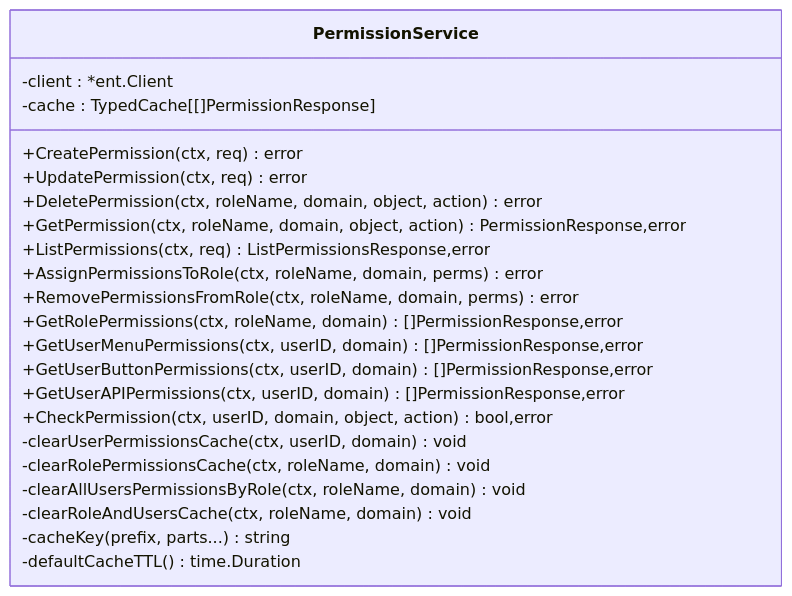
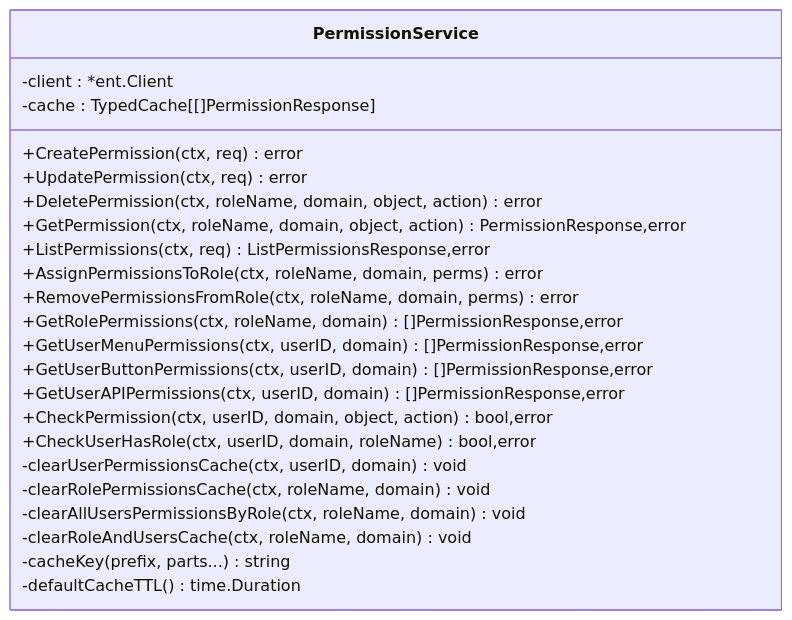
One commit to wuwuseo/e-sports-go-admin changed the fourth of 8 diagrams in .qoder/repowiki/zh/content/中间件系统/权限验证中间件.md. Above: the diagram before and after it, drawn with Mermaid. The commit also changed other lines of this file and 42 other files, not shown here.

````diff
--- a/.qoder/repowiki/zh/content/中间件系统/权限验证中间件.md
+++ b/.qoder/repowiki/zh/content/中间件系统/权限验证中间件.md
@@ -201,25 +261,26 @@
 ```mermaid
 classDiagram
 class PermissionService {
 -client : *ent.Client
 -cache : TypedCache[[]PermissionResponse]
 +CreatePermission(ctx, req) error
 +UpdatePermission(ctx, req) error
 +DeletePermission(ctx, roleName, domain, object, action) error
 +GetPermission(ctx, roleName, domain, object, action) PermissionResponse,error
 +ListPermissions(ctx, req) ListPermissionsResponse,error
 +AssignPermissionsToRole(ctx, roleName, domain, perms) error
 +RemovePermissionsFromRole(ctx, roleName, domain, perms) error
 +GetRolePermissions(ctx, roleName, domain) []PermissionResponse,error
 +GetUserMenuPermissions(ctx, userID, domain) []PermissionResponse,error
 +GetUserButtonPermissions(ctx, userID, domain) []PermissionResponse,error
 +GetUserAPIPermissions(ctx, userID, domain) []PermissionResponse,error
 +CheckPermission(ctx, userID, domain, object, action) bool,error
++CheckUserHasRole(ctx, userID, domain, roleName) bool,error
 -clearUserPermissionsCache(ctx, userID, domain) void
 -clearRolePermissionsCache(ctx, roleName, domain) void
 -clearAllUsersPermissionsByRole(ctx, roleName, domain) void
 -clearRoleAndUsersCache(ctx, roleName, domain) void
 -cacheKey(prefix, parts...) string
 -defaultCacheTTL() time.Duration
 }
 ```
````
